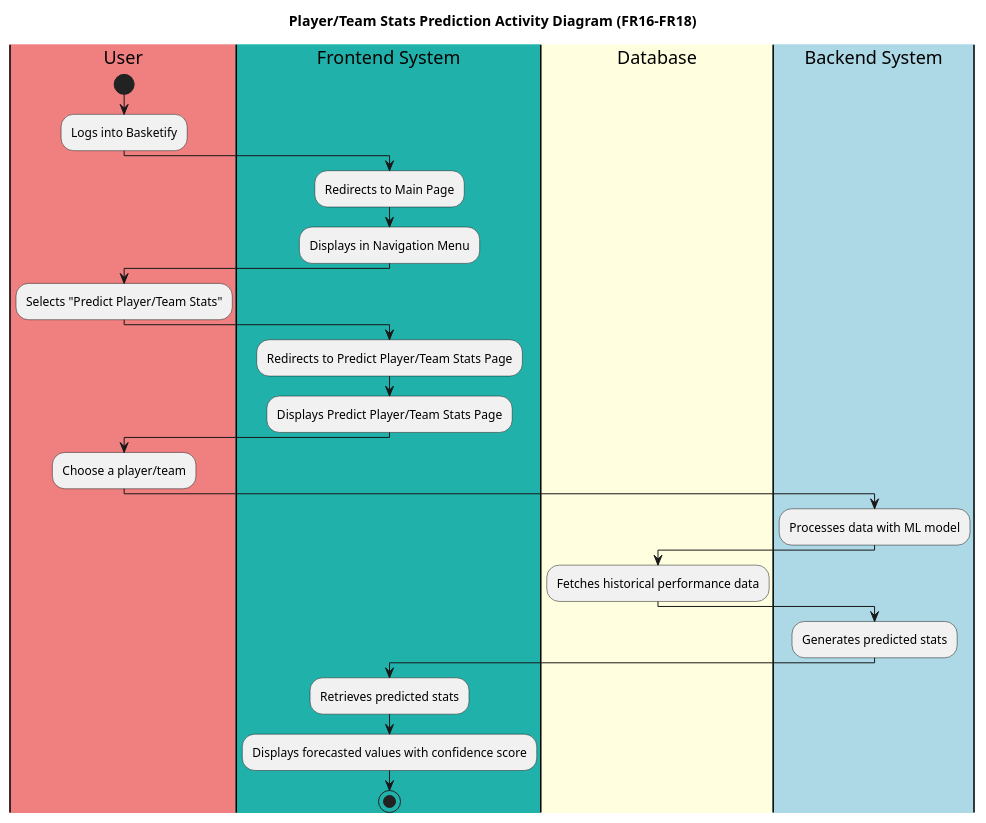
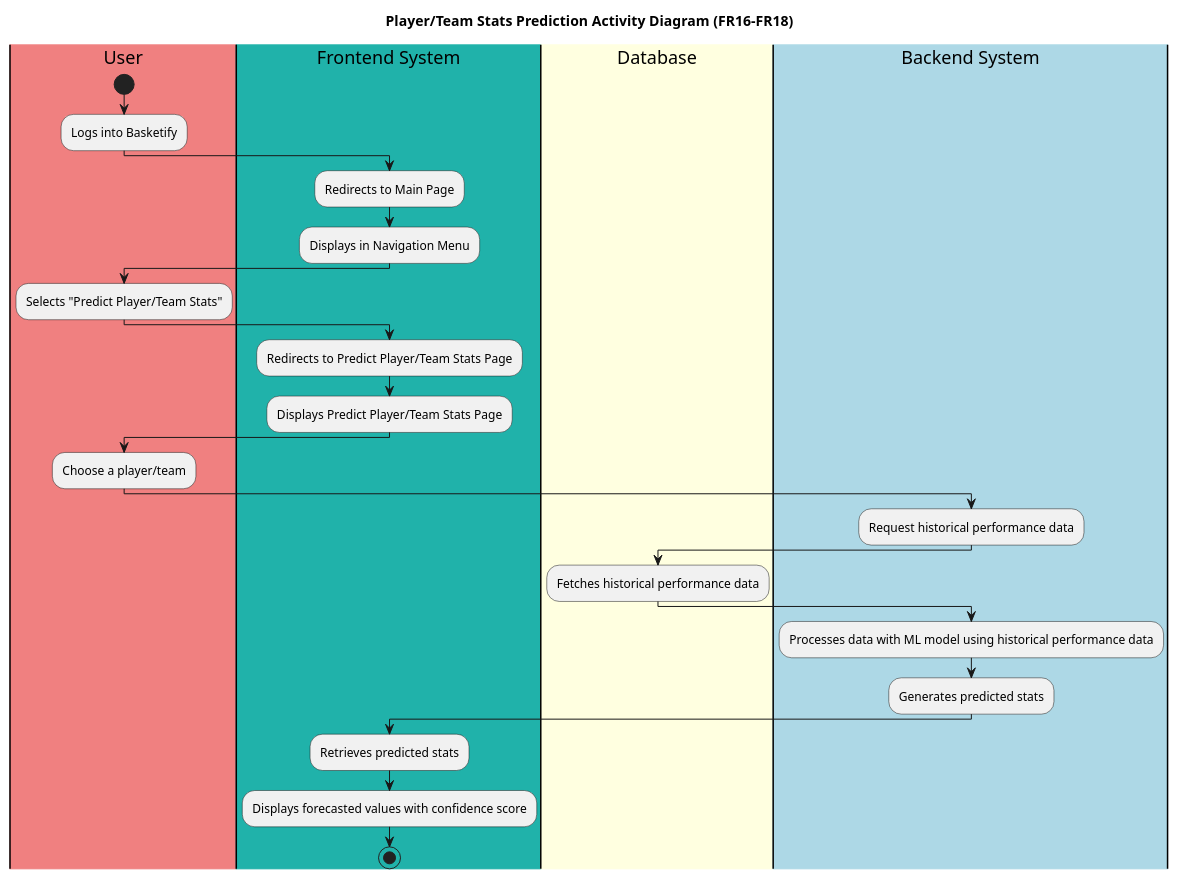
One commit to arongu321/Basketify_SBX changed the diagram in diagrams/Activity/machinelearningprediction.puml. Above: the diagram before and after it, drawn with PlantUML. The commit also changed 15 other files, not shown here.

Commit message:
Exported prelim design diagrams

```diff
--- a/diagrams/Activity/machinelearningprediction.puml
+++ b/diagrams/Activity/machinelearningprediction.puml
@@ -1,33 +1,34 @@
 @startuml MachineLearningPredictions
 title Player/Team Stats Prediction Activity Diagram (FR16-FR18)
 |#LightCoral|User|
 |#LightSeaGreen|Frontend System|
 |#LightYellow|Database|
 |#LightBlue|Backend System|
 
 |User|
 start
 :Logs into Basketify;
 |Frontend System|
 :Redirects to Main Page;
 :Displays in Navigation Menu;
 |User|
 :Selects "Predict Player/Team Stats";
 |Frontend System|
 :Redirects to Predict Player/Team Stats Page;
 :Displays Predict Player/Team Stats Page;
 |User|
 :Choose a player/team;
-
 |Backend System|
-:Processes data with ML model;
+:Request historical performance data;
 |Database|
 :Fetches historical performance data;
+|Backend System|
+:Processes data with ML model using historical performance data;
 
 |Backend System|
 :Generates predicted stats;
 |Frontend System|
 :Retrieves predicted stats;
 :Displays forecasted values with confidence score;
 stop
 @enduml
```
